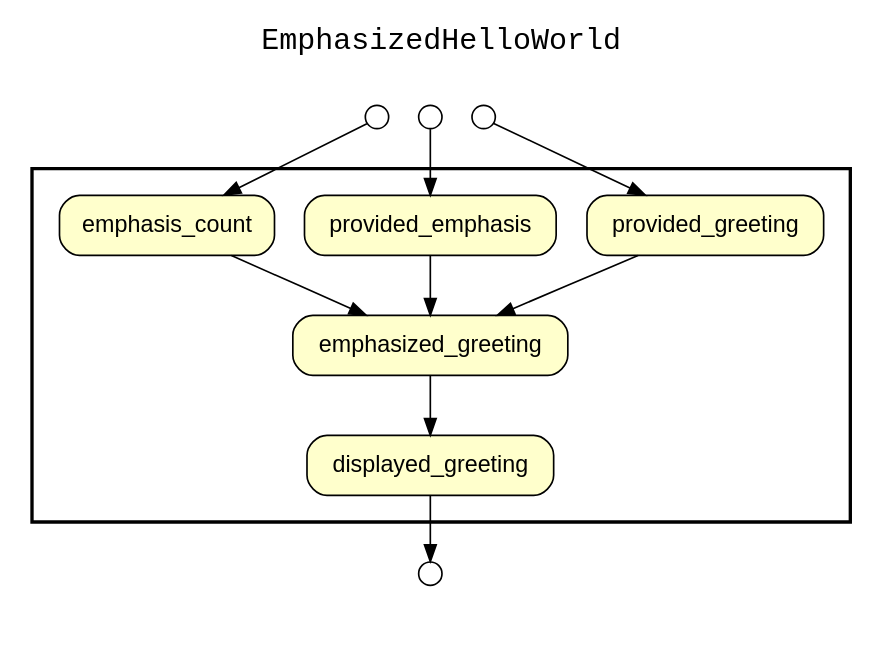
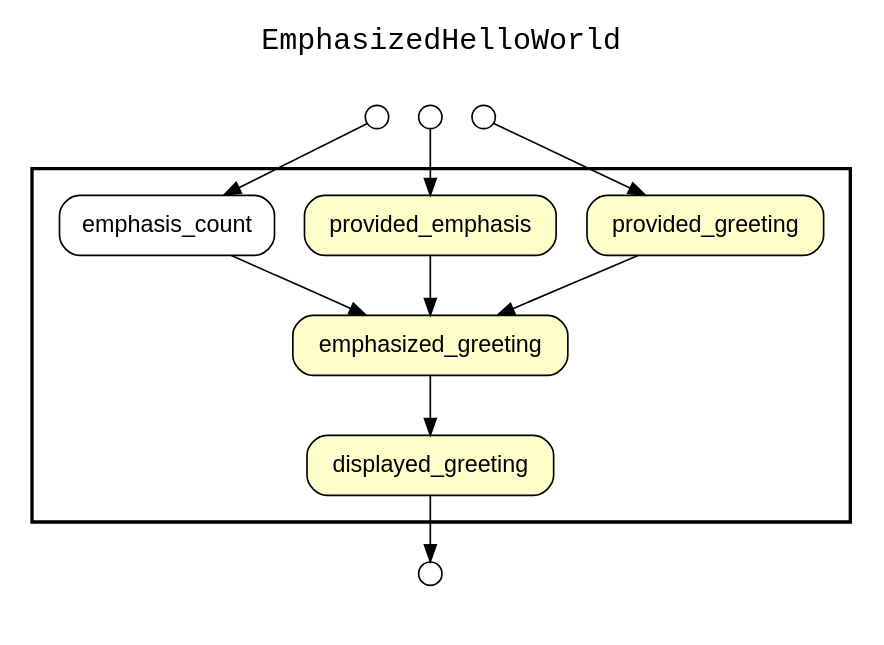
Before and after one commit to yesworkflow-org/yw-noworkflow: the diagram in examples/04_iterative_emphasis/yw_data_graph.gv, drawn with Graphviz. The commit also changed 16 other files, not shown here.

```diff
--- a/examples/04_iterative_emphasis/yw_data_graph.gv
+++ b/examples/04_iterative_emphasis/yw_data_graph.gv
@@ -1,35 +1,36 @@
 
 digraph YW_DATA {
 rankdir=TB
 fontname=Courier; fontsize=18; labelloc=t
 label="EmphasizedHelloWorld"
 subgraph cluster_workflow { label=""; color=black; penwidth=2
 subgraph cluster_workflow_inner { label=""; color=white
 node[shape=box style="rounded,filled" fillcolor="#FFFFCC" peripheries=1 fontname=Helvetica]
 provided_greeting
 provided_emphasis
-emphasis_count
 emphasized_greeting
 displayed_greeting
+node[shape=box style="rounded,filled" fillcolor="#FFFFFF" peripheries=1 fontname=Helvetica]
+emphasis_count
 provided_greeting -> emphasized_greeting
 provided_emphasis -> emphasized_greeting
 emphasis_count -> emphasized_greeting
 emphasized_greeting -> displayed_greeting
 }}
 subgraph cluster_inflows { label=""; color=white
 subgraph cluster_inflows_inner { label=""; color=white
 node[shape=circle fillcolor="#FFFFFF" peripheries=1 width=0.2]
 emphasis_count_inflow [label=""]
 provided_emphasis_inflow [label=""]
 provided_greeting_inflow [label=""]
 }}
 emphasis_count_inflow -> emphasis_count
 provided_emphasis_inflow -> provided_emphasis
 provided_greeting_inflow -> provided_greeting
 subgraph cluster_outflows { label=""; color=white
 subgraph cluster_outflows_inner { label=""; color=white
 node[shape=circle fillcolor="#FFFFFF" peripheries=1 width=0.2]
 displayed_greeting_outflow [label=""]
 }}
 displayed_greeting -> displayed_greeting_outflow
 }
```
